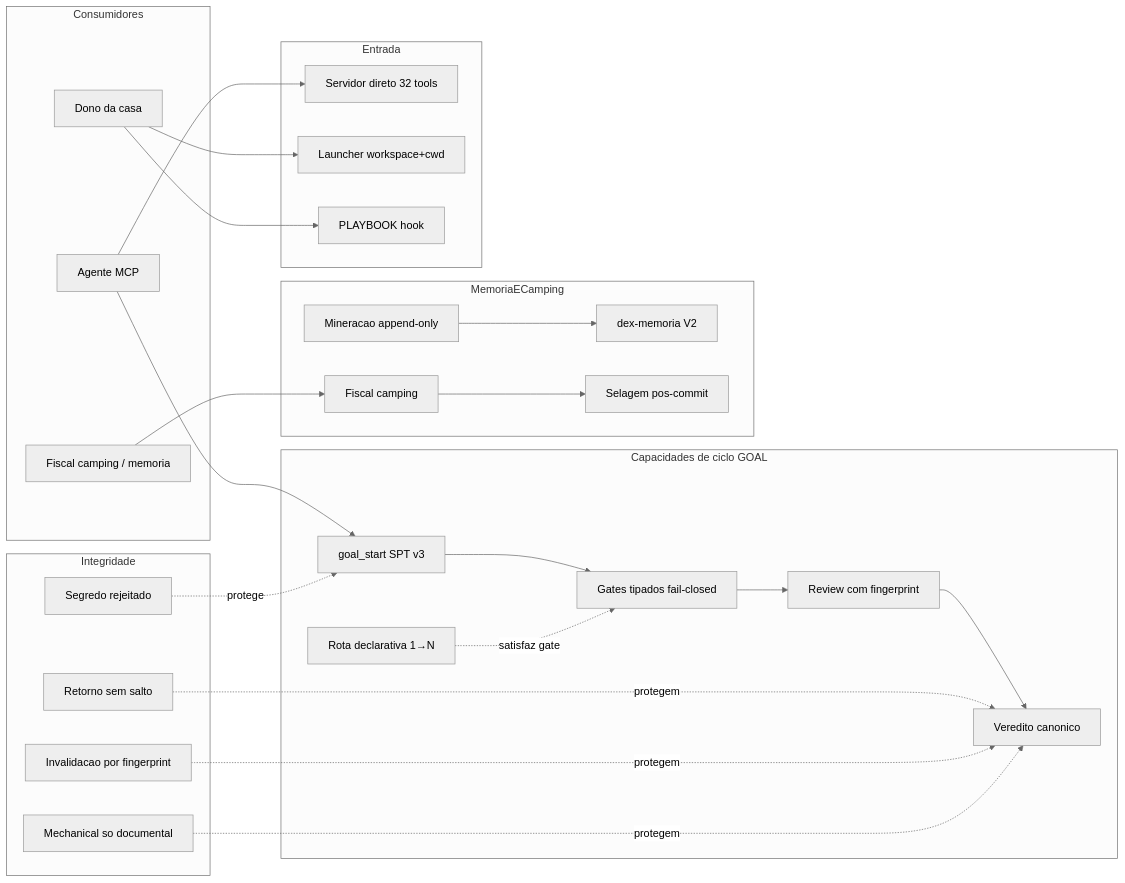
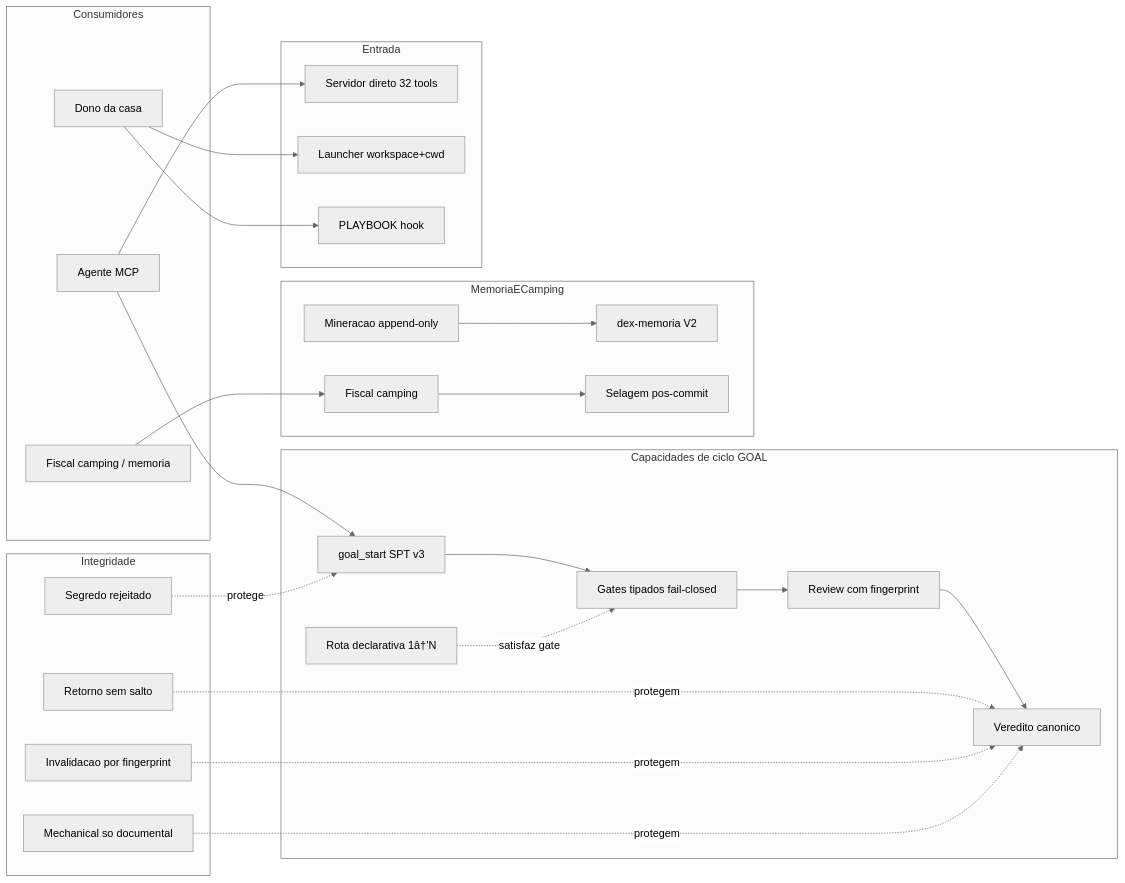
Before and after one commit to dex-agent/dex-ppirtv: the diagram in CAPACITY.md, drawn with Mermaid (neutral theme). The commit also changed other lines of this file and 4 other files, not shown here.

Commit message:
chore(trilho): fecha hardening-3 e consome pendencia P0 gate-integrity (rito 2026-10-26: probe A-F 6/6, camping PASS x2, suites 17/17; flow 2948 complete pronto_com_ressalvas; fix mojibake state CAP-31 no receipt)

````diff
--- a/CAPACITY.md
+++ b/CAPACITY.md
@@ -241,42 +244,42 @@
 ```mermaid
 flowchart LR
   subgraph Consumidores
     A[Agente MCP]
     D[Dono da casa]
     F[Fiscal camping / memoria]
   end
   subgraph CicloGOAL[Capacidades de ciclo GOAL]
     C01[goal_start SPT v3]
     C02[Gates tipados fail-closed]
     C05[Veredito canonico]
-    C06[Rota declarativa 1→N]
+    C06[Rota declarativa 1â†’N]
     C07[Review com fingerprint]
   end
   subgraph Integridade
     C04[Retorno sem salto]
     C08[Invalidacao por fingerprint]
     C10[Segredo rejeitado]
     C11[Mechanical so documental]
   end
   subgraph MemoriaECamping
     C12[Mineracao append-only]
     C14[dex-memoria V2]
     C16[Fiscal camping]
     C17[Selagem pos-commit]
   end
   subgraph Entrada
     C19[Servidor direto 32 tools]
     C20[Launcher workspace+cwd]
     C30[PLAYBOOK hook]
   end
   A --> C01 --> C02 --> C07 --> C05
   C06 -. satisfaz gate .-> C02
   C04 & C08 & C11 -. protegem .-> C05
   C10 -. protege .-> C01
   C12 --> C14
   C16 --> C17
   A --> C19
   D --> C20
   D --> C30
   F --> C16
 ```
````
